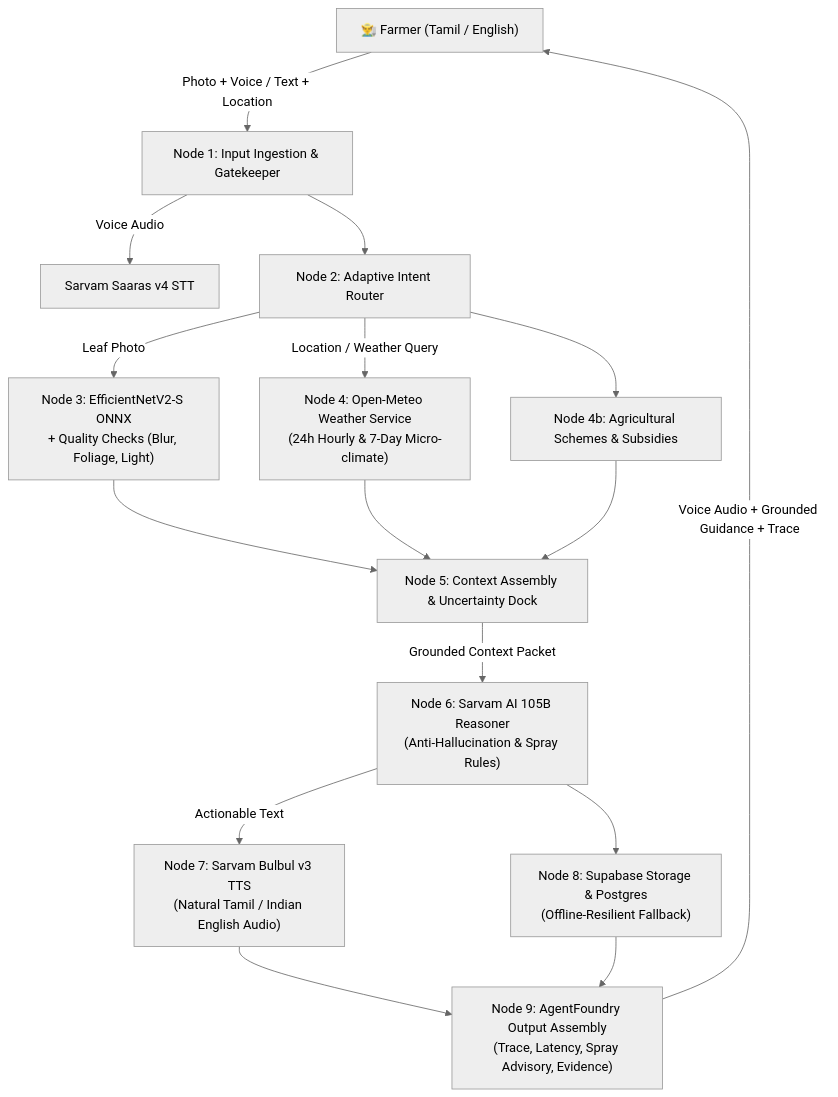
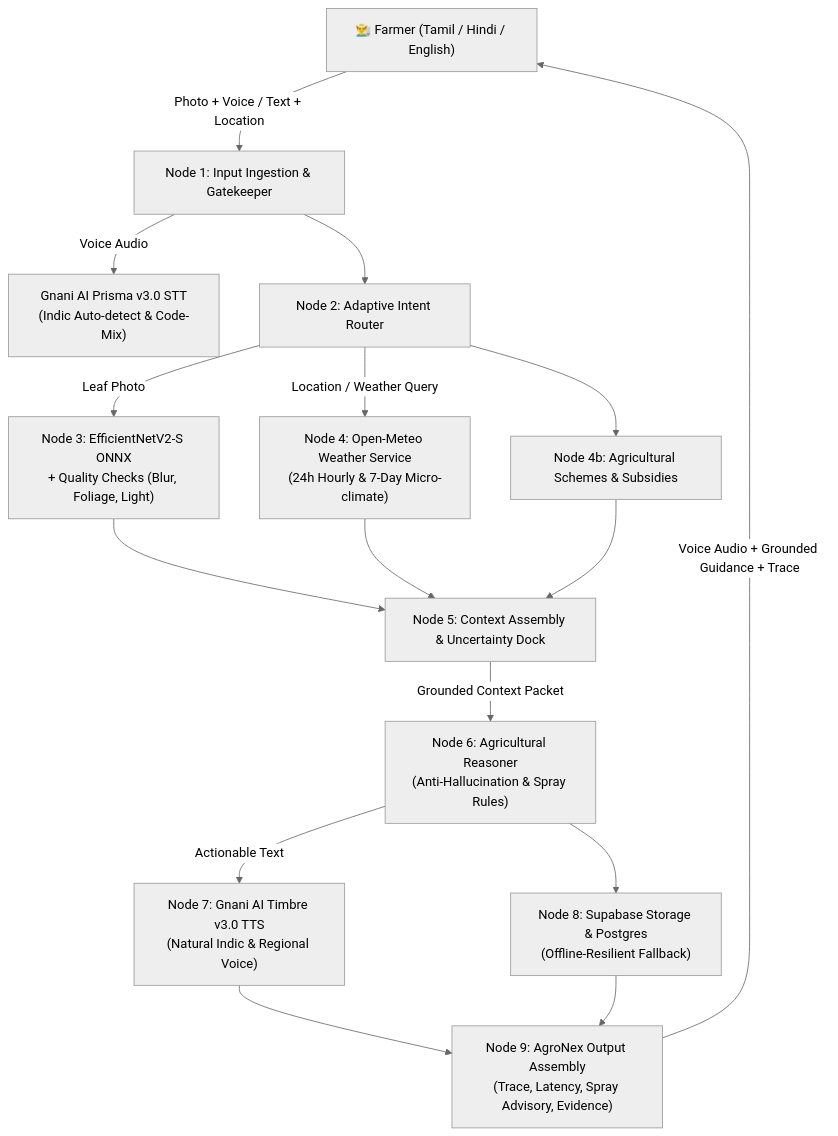
One commit to DHANUSH-PRO11/CropGuard-AI changed the diagram in README.md. Above: the diagram before and after it, drawn with Mermaid (neutral theme). The commit also changed other lines of this file and 7 other files, not shown here.

Commit message:
integrate Gnani AI voice models

````diff
--- a/README.md
+++ b/README.md
@@ -19,22 +19,22 @@
 ```mermaid
 graph TD
-    User["👨‍🌾 Farmer (Tamil / English)"] -->|"Photo + Voice / Text + Location"| Ingestion["Node 1: Input Ingestion & Gatekeeper"]
-    Ingestion -->|"Voice Audio"| STT["Sarvam Saaras v4 STT"]
+    User["👨‍🌾 Farmer (Tamil / Hindi / English)"] -->|"Photo + Voice / Text + Location"| Ingestion["Node 1: Input Ingestion & Gatekeeper"]
+    Ingestion -->|"Voice Audio"| STT["Gnani AI Prisma v3.0 STT<br/>(Indic Auto-detect & Code-Mix)"]
     Ingestion --> Router["Node 2: Adaptive Intent Router"]
     
     Router -->|"Leaf Photo"| VisionTool["Node 3: EfficientNetV2-S ONNX<br/>+ Quality Checks (Blur, Foliage, Light)"]
     Router -->|"Location / Weather Query"| WeatherTool["Node 4: Open-Meteo Weather Service<br/>(24h Hourly & 7-Day Micro-climate)"]
     Router --> SchemesTool["Node 4b: Agricultural Schemes & Subsidies"]
     
     VisionTool --> ContextAssembly["Node 5: Context Assembly & Uncertainty Dock"]
     WeatherTool --> ContextAssembly
     SchemesTool --> ContextAssembly
     
-    ContextAssembly -->|"Grounded Context Packet"| ReasoningAgent["Node 6: Sarvam AI 105B Reasoner<br/>(Anti-Hallucination & Spray Rules)"]
-    ReasoningAgent -->|"Actionable Text"| VoiceTTS["Node 7: Sarvam Bulbul v3 TTS<br/>(Natural Tamil / Indian English Audio)"]
+    ContextAssembly -->|"Grounded Context Packet"| ReasoningAgent["Node 6: Agricultural Reasoner<br/>(Anti-Hallucination & Spray Rules)"]
+    ReasoningAgent -->|"Actionable Text"| VoiceTTS["Node 7: Gnani AI Timbre v3.0 TTS<br/>(Natural Indic & Regional Voice)"]
     ReasoningAgent --> CloudPersistence["Node 8: Supabase Storage & Postgres<br/>(Offline-Resilient Fallback)"]
     
-    VoiceTTS --> Assembly["Node 9: AgentFoundry Output Assembly<br/>(Trace, Latency, Spray Advisory, Evidence)"]
+    VoiceTTS --> Assembly["Node 9: AgroNex Output Assembly<br/>(Trace, Latency, Spray Advisory, Evidence)"]
     CloudPersistence --> Assembly
     Assembly -->|"Voice Audio + Grounded Guidance + Trace"| User
 ```
````
